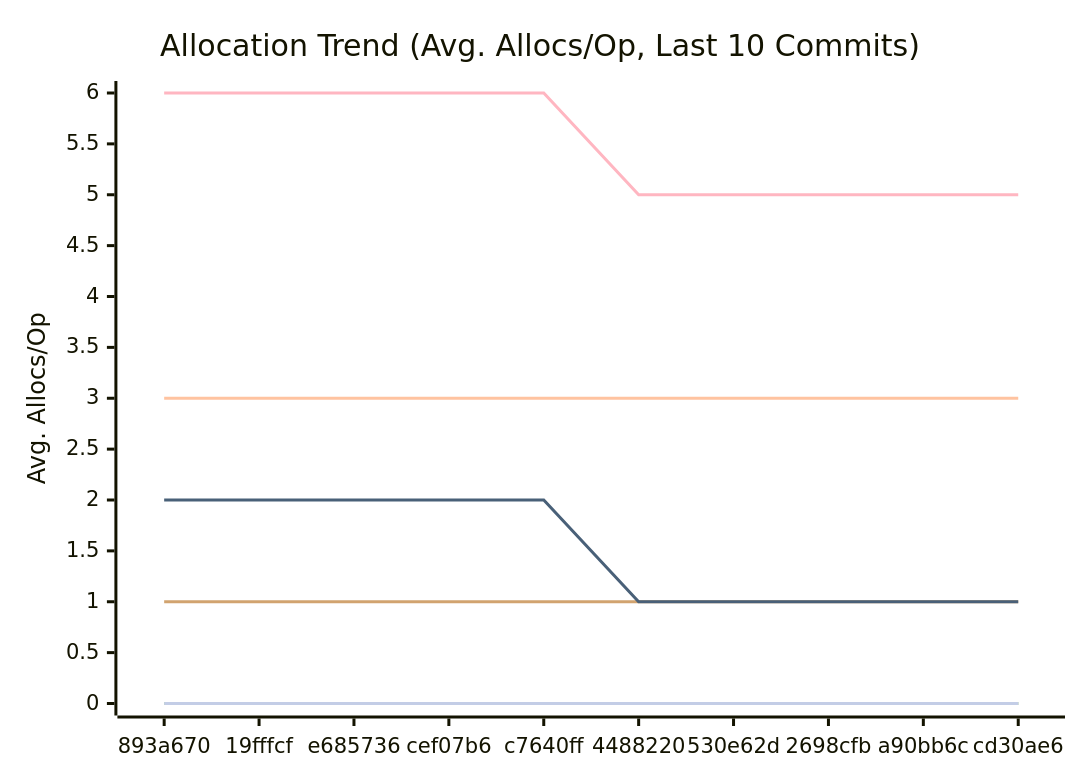
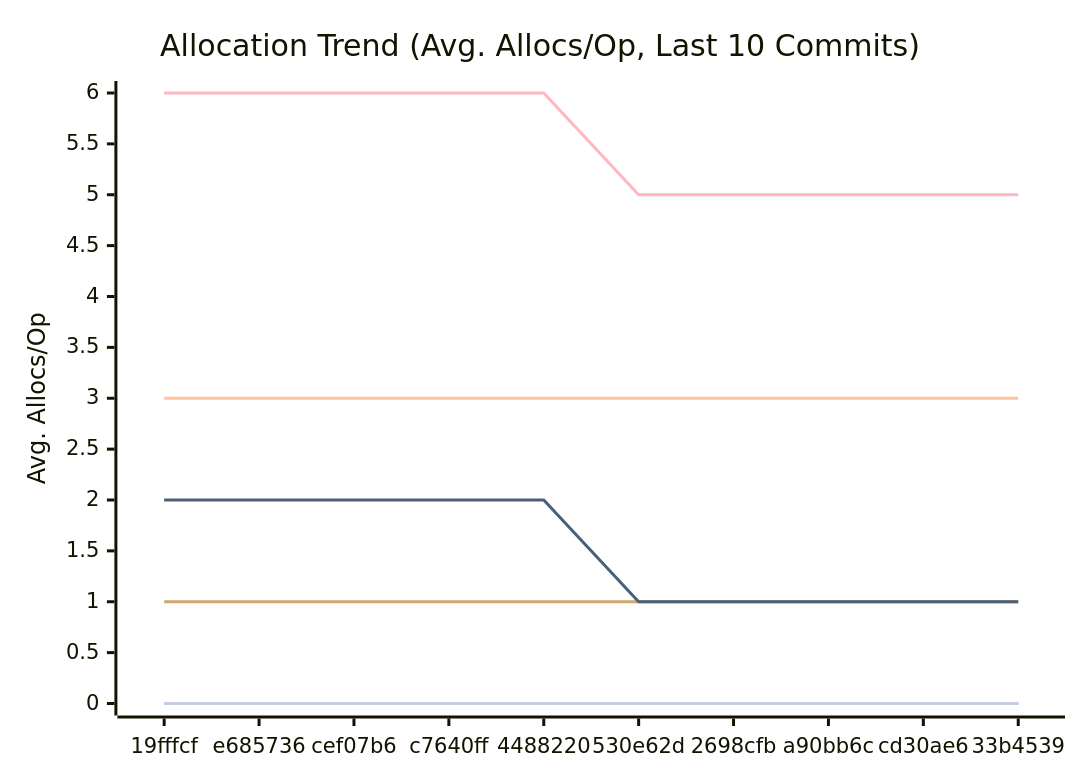
One commit to alsotoes/momo changed the third of 3 diagrams in docs/PERFORMANCE.md. Above: the diagram before and after it, drawn with Mermaid. The commit also changed other lines of this file and 2 other files, not shown here.

````diff
--- a/docs/PERFORMANCE.md
+++ b/docs/PERFORMANCE.md
@@ -114,16 +114,16 @@
 ```mermaid
 xychart-beta
     title "Allocation Trend (Avg. Allocs/Op, Last 10 Commits)"
     x-axis "Commit"
     y-axis "Avg. Allocs/Op"
-    x-axis [893a670,19fffcf,e685736,cef07b6,c7640ff,4488220,530e62d,2698cfb,a90bb6c,cd30ae6]
+    x-axis [19fffcf,e685736,cef07b6,c7640ff,4488220,530e62d,2698cfb,a90bb6c,cd30ae6,33b4539]
     line "CheckMetricsAndSwap" [0,0,0,0,0,0,0,0,0,0]
     line "CrushOptimized" [0,0,0,0,0,0,0,0,0,0]
     line "CrushOriginal" [3,3,3,3,3,3,3,3,3,3]
     line "IndexDirectTracking" [0,0,0,0,0,0,0,0,0,0]
     line "IndexSearch" [0,0,0,0,0,0,0,0,0,0]
     line "LoadGlobalConfig" [1,1,1,1,1,1,1,1,1,1]
     line "PadString" [0,0,0,0,0,0,0,0,0,0]
     line "ParseReplicationOrder_NoPrealloc" [6,6,6,6,6,5,5,5,5,5]
     line "ParseReplicationOrder_Prealloc" [2,2,2,2,2,1,1,1,1,1]
 ```
````
